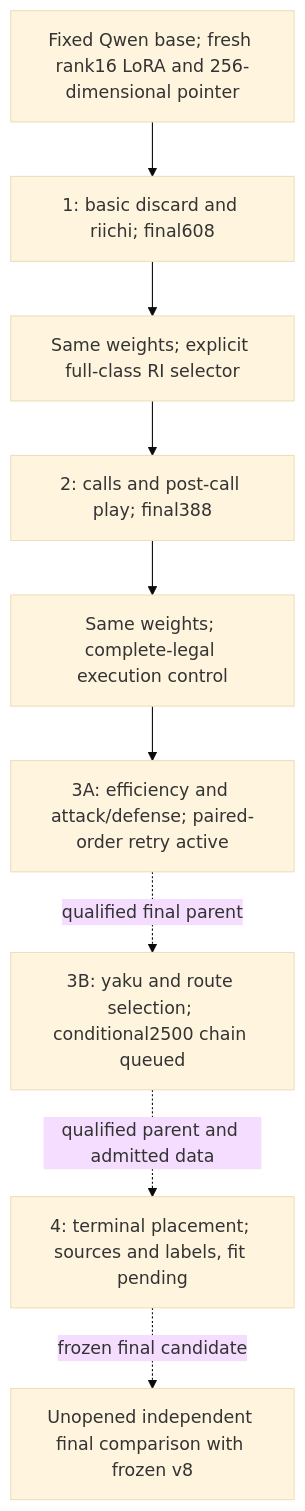
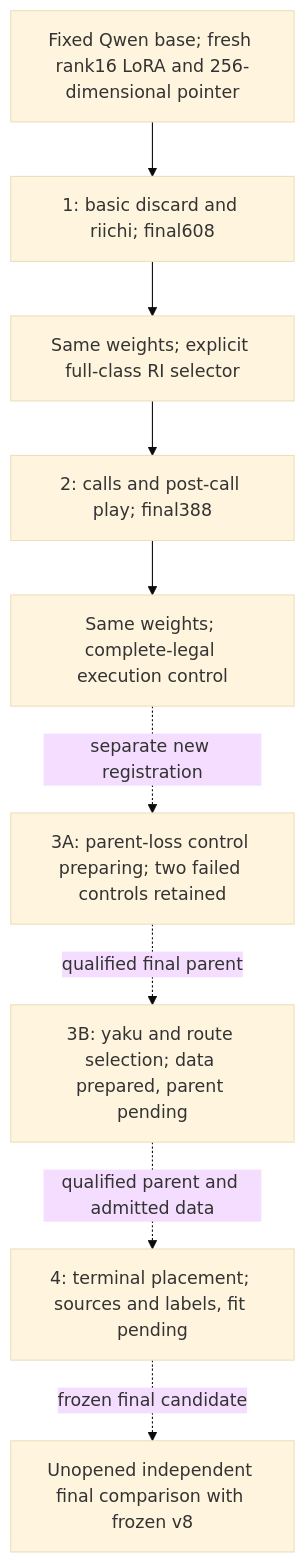
The diagram in reproduction/CURRICULUM_ROUTE.md (YokyYao/JevMajhong), drawn with Mermaid (base theme) before and after one commit. The commit also changed other lines of this file and 8 other files, not shown here.

Commit message:
Report failed paired 3A final, real curves and exact parent-loss control

````diff
--- a/reproduction/CURRICULUM_ROUTE.md
+++ b/reproduction/CURRICULUM_ROUTE.md
@@ -29,16 +32,17 @@
 ```mermaid
 flowchart TD
     A[Fixed Qwen base; fresh rank16 LoRA and 256-dimensional pointer]
     B[1: basic discard and riichi; final608]
     C[Same weights; explicit full-class RI selector]
     D[2: calls and post-call play; final388]
     E[Same weights; complete-legal execution control]
-    F[3A: efficiency and attack/defense; paired-order retry active]
-    G[3B: yaku and route selection; conditional2500 chain queued]
+    F[3A: parent-loss control preparing; two failed controls retained]
+    G[3B: yaku and route selection; data prepared, parent pending]
     H[4: terminal placement; sources and labels, fit pending]
     I[Unopened independent final comparison with frozen v8]
-    A --> B --> C --> D --> E --> F
+    A --> B --> C --> D --> E
+    E -. separate new registration .-> F
     F -. qualified final parent .-> G
     G -. qualified parent and admitted data .-> H
     H -. frozen final candidate .-> I
 ```
````
